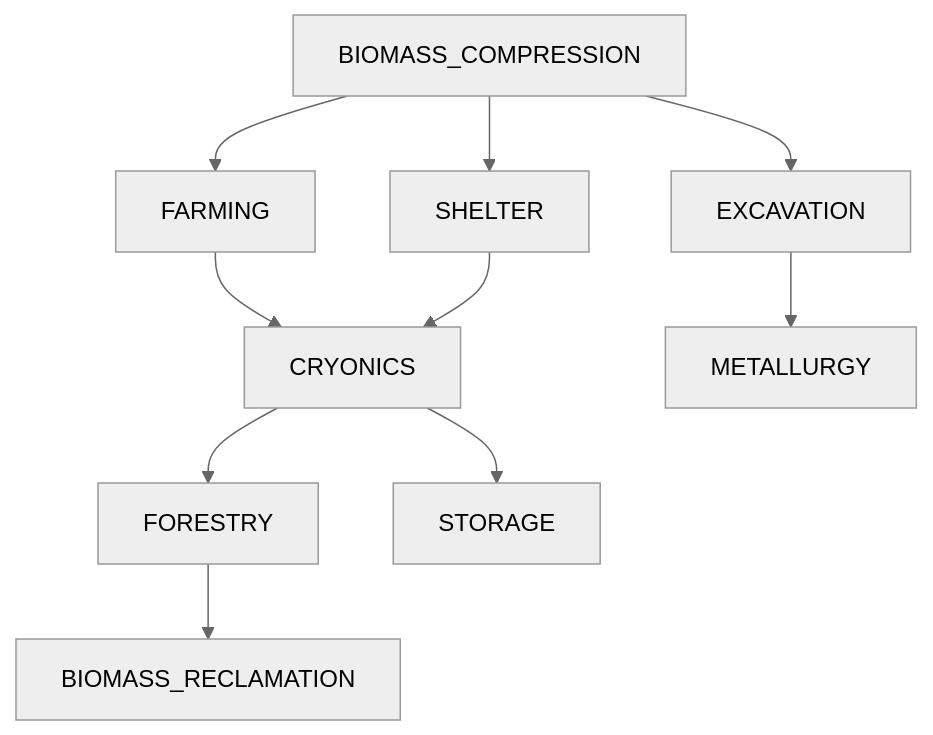
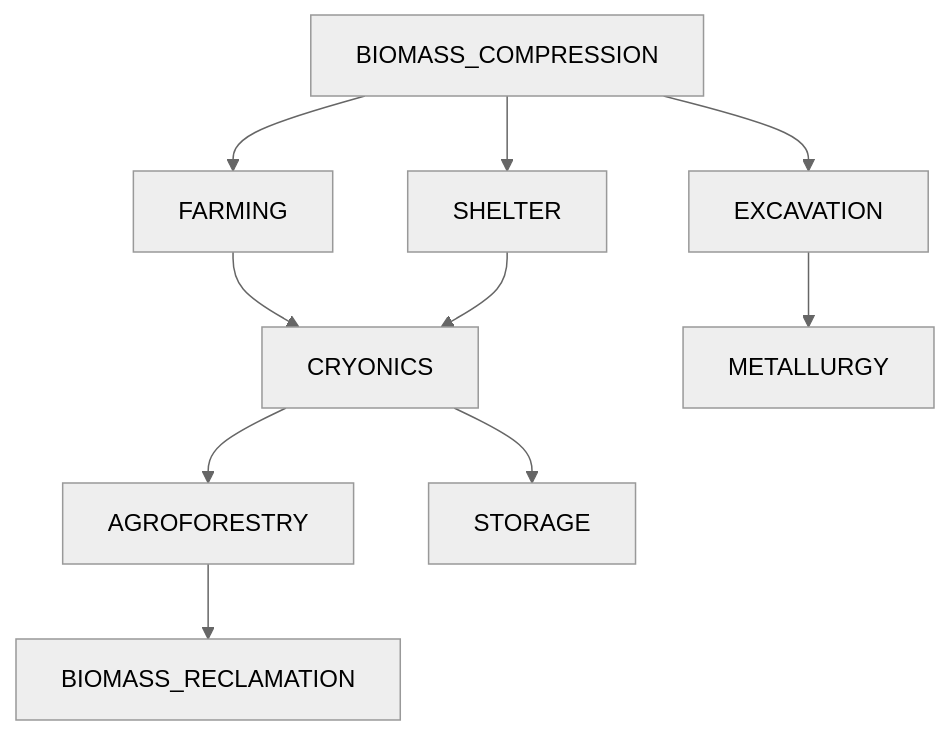
Before and after one commit to krnsk0/idler: the diagram in docs/TECH_TREE.md, drawn with Mermaid (neutral theme). The commit also changed other lines of this file and 3 other files, not shown here.

````diff
--- a/docs/TECH_TREE.md
+++ b/docs/TECH_TREE.md
@@ -3,25 +2,13 @@
 ```mermaid
-
 flowchart TD;
-  A[BIOMASS_COMPRESSION]
-  B[FARMING]
-  C[SHELTER]
-  D[CRYONICS]
-  E[FORESTRY]
-  F[STORAGE]
-  G[BIOMASS_RECLAMATION]
-  H[EXCAVATION]
-  I[METALLURGY]
-
-  A --> B
-  A --> C
-  A --> H
-  B --> D
-  C --> D
-  D --> E
-  D --> F
-  E --> G
-  H --> I
-
+  BIOMASS_COMPRESSION --> FARMING
+  BIOMASS_COMPRESSION --> SHELTER
+  BIOMASS_COMPRESSION --> EXCAVATION
+  FARMING --> CRYONICS
+  SHELTER --> CRYONICS
+  CRYONICS --> AGROFORESTRY
+  CRYONICS --> STORAGE
+  AGROFORESTRY --> BIOMASS_RECLAMATION
+  EXCAVATION --> METALLURGY
 
 ```
````
